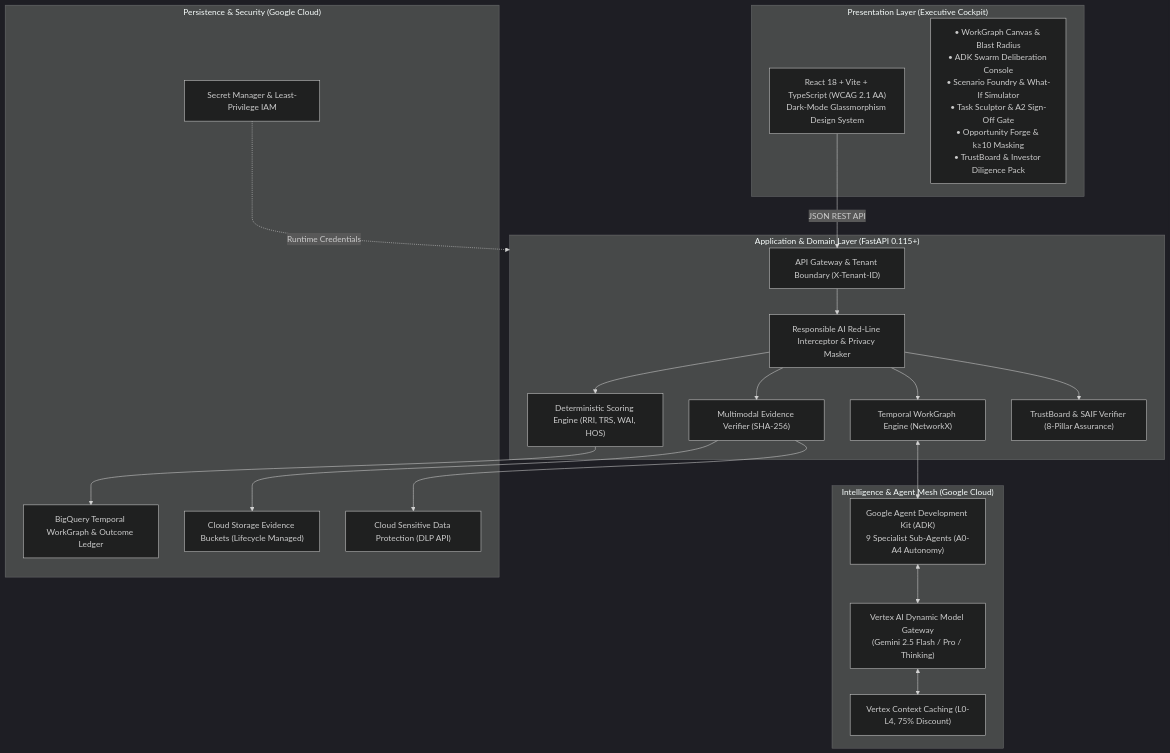
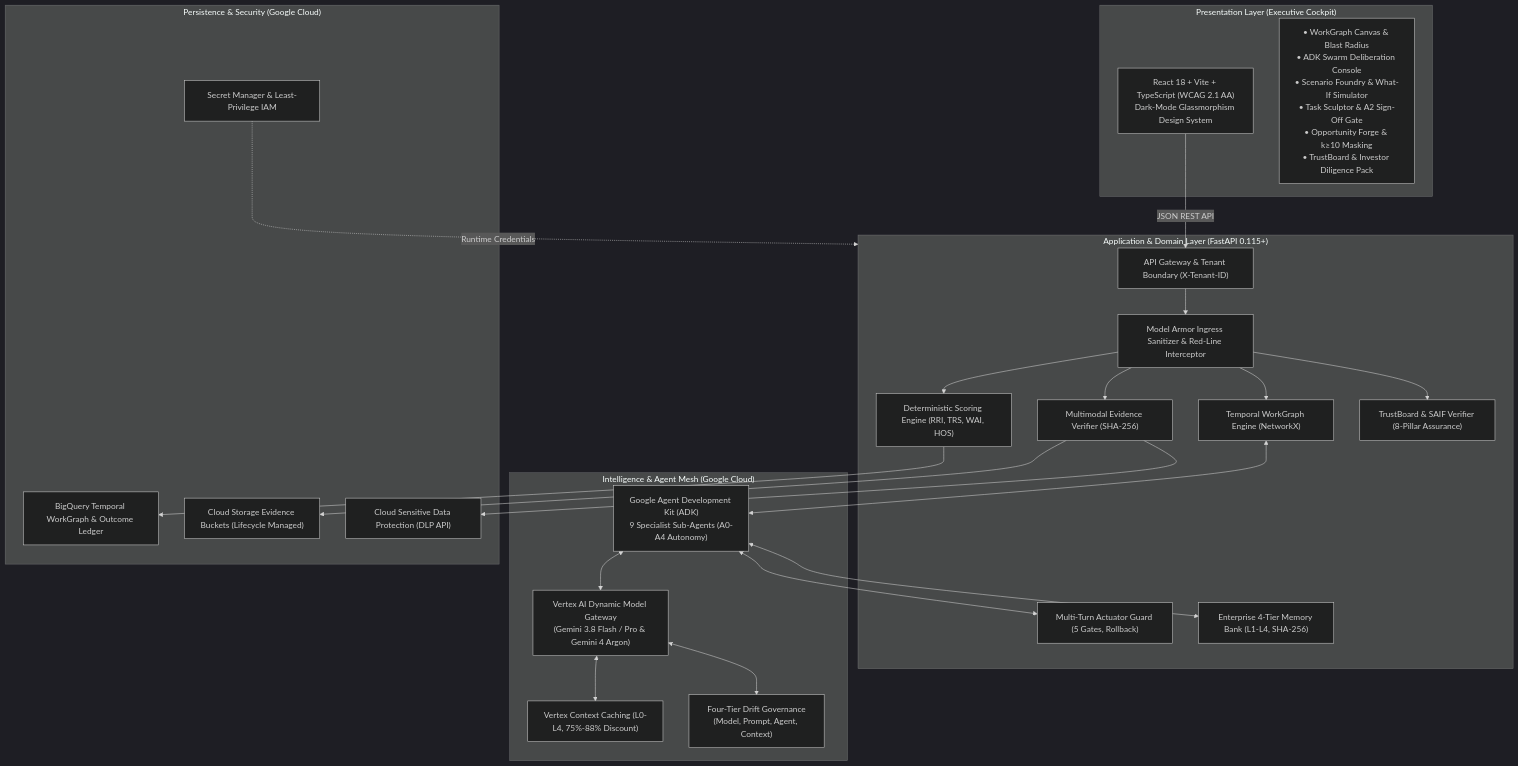
Before and after one commit to sivasubramanian86/FuturaSculptAI: the diagram in README.md, drawn with Mermaid (dark theme). The commit also changed other lines of this file and 11 other files, not shown here.

Commit message:
feat(core): integrate Gemini 3.8 and Argon gateway, 5-gate actuator guard, and 4-tier memory bank

````diff
--- a/README.md
+++ b/README.md
@@ -92,43 +93,49 @@
 ```mermaid
 graph TB
     subgraph Client["Presentation Layer (Executive Cockpit)"]
         UI["React 18 + Vite + TypeScript (WCAG 2.1 AA)<br/>Dark-Mode Glassmorphism Design System"]
         Modules["• WorkGraph Canvas & Blast Radius<br/>• ADK Swarm Deliberation Console<br/>• Scenario Foundry & What-If Simulator<br/>• Task Sculptor & A2 Sign-Off Gate<br/>• Opportunity Forge & k≥10 Masking<br/>• TrustBoard & Investor Diligence Pack"]
     end
 
     subgraph API["Application & Domain Layer (FastAPI 0.115+)"]
         Gate["API Gateway & Tenant Boundary (X-Tenant-ID)"]
-        Guard["Responsible AI Red-Line Interceptor & Privacy Masker"]
+        Guard["Model Armor Ingress Sanitizer & Red-Line Interceptor"]
+        Actuator["Multi-Turn Actuator Guard (5 Gates, Rollback)"]
+        MemBank["Enterprise 4-Tier Memory Bank (L1-L4, SHA-256)"]
         WG["Temporal WorkGraph Engine (NetworkX)"]
         Score["Deterministic Scoring Engine (RRI, TRS, WAI, HOS)"]
         Evid["Multimodal Evidence Verifier (SHA-256)"]
         Gov["TrustBoard & SAIF Verifier (8-Pillar Assurance)"]
     end
 
     subgraph AI["Intelligence & Agent Mesh (Google Cloud)"]
-        Vertex["Vertex AI Dynamic Model Gateway<br/>(Gemini 2.5 Flash / Pro / Thinking)"]
+        Vertex["Vertex AI Dynamic Model Gateway<br/>(Gemini 3.8 Flash / Pro & Gemini 4 Argon)"]
         ADK["Google Agent Development Kit (ADK)<br/>9 Specialist Sub-Agents (A0-A4 Autonomy)"]
-        Cache["Vertex Context Caching (L0-L4, 75% Discount)"]
+        Cache["Vertex Context Caching (L0-L4, 75%-88% Discount)"]
+        Drift["Four-Tier Drift Governance<br/>(Model, Prompt, Agent, Context)"]
     end
 
     subgraph Data["Persistence & Security (Google Cloud)"]
         BQ["BigQuery Temporal WorkGraph & Outcome Ledger"]
         GCS["Cloud Storage Evidence Buckets (Lifecycle Managed)"]
         DLP["Cloud Sensitive Data Protection (DLP API)"]
         SecMgr["Secret Manager & Least-Privilege IAM"]
     end
 
     UI -->|JSON REST API| Gate
     Gate --> Guard
     Guard --> WG
     Guard --> Score
     Guard --> Evid
     Guard --> Gov
     WG <--> ADK
+    ADK <--> Actuator
+    ADK <--> MemBank
     ADK <--> Vertex
     Vertex <--> Cache
+    Vertex <--> Drift
     Evid --> DLP
     Evid --> GCS
     Score --> BQ
     SecMgr -.->|Runtime Credentials| API
 ```
````
